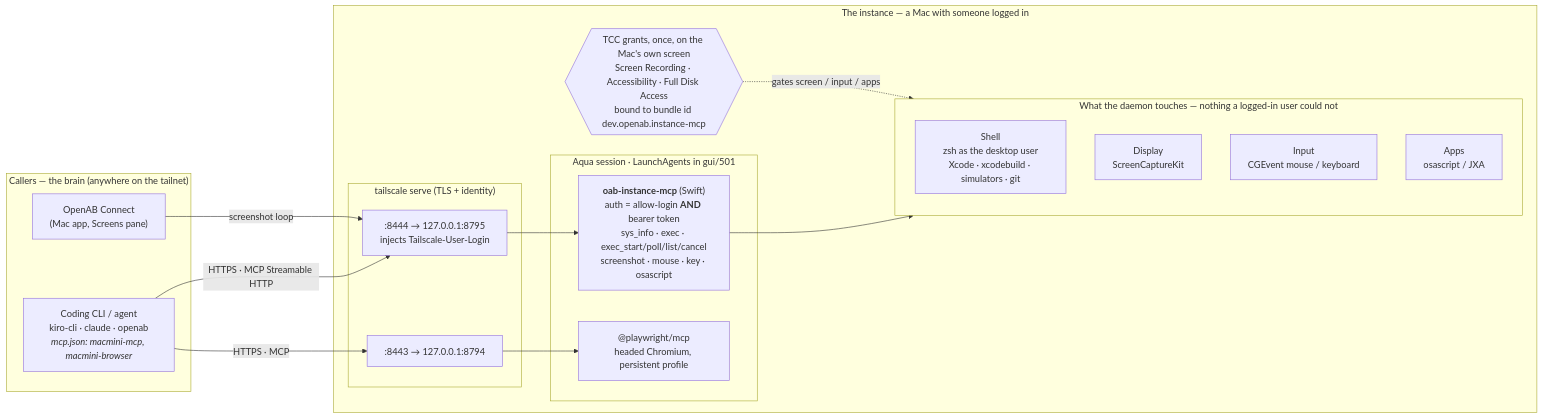
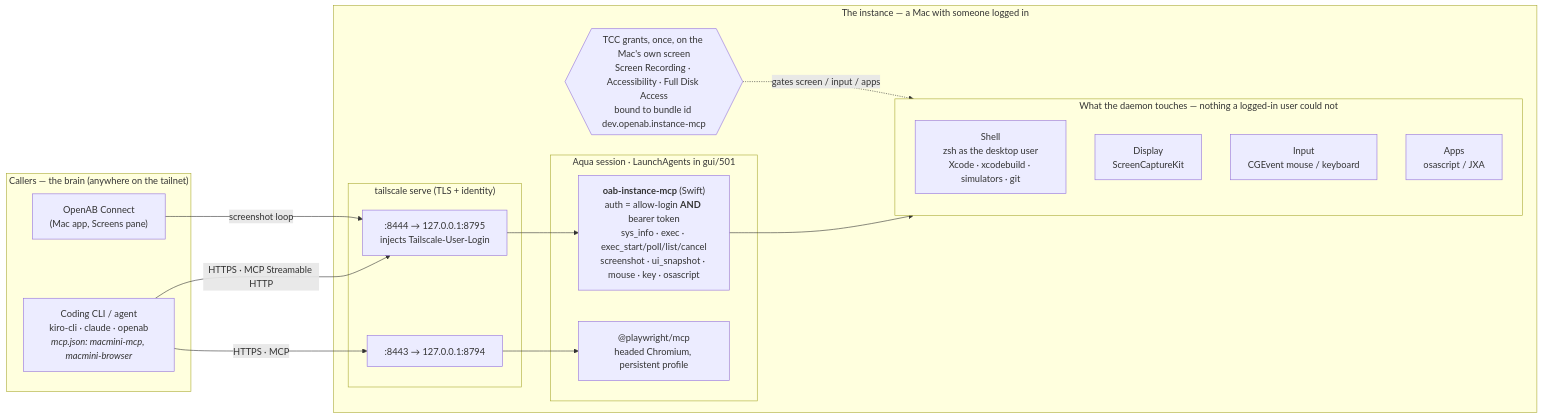
The diagram in README.md (openabdev/openab-computer), drawn with Mermaid before and after one commit. The commit also changed other lines of this file and 21 other files, not shown here.

````diff
--- a/README.md
+++ b/README.md
@@ -19,33 +19,33 @@
 ```mermaid
 flowchart LR
     subgraph callers["Callers — the brain (anywhere on the tailnet)"]
         cli["Coding CLI / agent<br/>kiro-cli · claude · openab<br/><i>mcp.json: macmini-mcp, macmini-browser</i>"]
         connect["OpenAB Connect<br/>(Mac app, Screens pane)"]
     end
 
     subgraph mac["The instance — a Mac with someone logged in"]
         subgraph ts["tailscale serve (TLS + identity)"]
             s8444[":8444 → 127.0.0.1:8795<br/>injects Tailscale-User-Login"]
             s8443[":8443 → 127.0.0.1:8794"]
         end
         subgraph gui["Aqua session · LaunchAgents in gui/501"]
-            mcp["<b>oab-instance-mcp</b> (Swift)<br/>auth = allow-login <b>AND</b> bearer token<br/>sys_info · exec · exec_start/poll/list/cancel<br/>screenshot · mouse · key · osascript"]
+            mcp["<b>oab-instance-mcp</b> (Swift)<br/>auth = allow-login <b>AND</b> bearer token<br/>sys_info · exec · exec_start/poll/list/cancel<br/>screenshot · ui_snapshot · mouse · key · osascript"]
             pw["@playwright/mcp<br/>headed Chromium, persistent profile"]
         end
         subgraph hands["What the daemon touches — nothing a logged-in user could not"]
             shell["Shell<br/>zsh as the desktop user<br/>Xcode · xcodebuild · simulators · git"]
             screen["Display<br/>ScreenCaptureKit"]
             input["Input<br/>CGEvent mouse / keyboard"]
             apps["Apps<br/>osascript / JXA"]
         end
         tcc{{"TCC grants, once, on the Mac's own screen<br/>Screen Recording · Accessibility · Full Disk Access<br/>bound to bundle id dev.openab.instance-mcp"}}
     end
 
     cli -- "HTTPS · MCP Streamable HTTP" --> s8444
     connect -- "screenshot loop" --> s8444
     cli -- "HTTPS · MCP" --> s8443
     s8444 --> mcp
     s8443 --> pw
     mcp --> hands
     tcc -. "gates screen / input / apps" .-> hands
 ```
````
